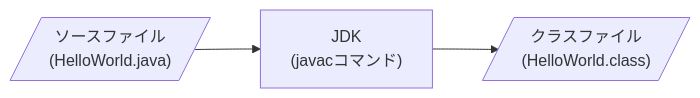
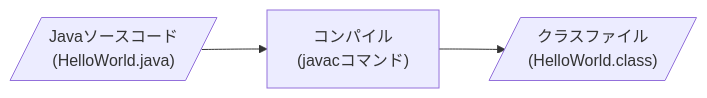
Before and after one commit to shunikd/terasoluna-training: the third of 4 diagrams in 02-java/02_java-execution.md, drawn with Mermaid. The commit also changed other lines of this file and 31 other files, not shown here.

````diff
--- a/02-java/02_java-execution.md
+++ b/02-java/02_java-execution.md
@@ -134,10 +132,9 @@
 ```mermaid
 graph LR
-
-    JAVA[/"ソースファイル<br>(HelloWorld.java)"/]
-    JDK["JDK<br>(javacコマンド)"]
+    SRC[/"Javaソースコード<br>(HelloWorld.java)"/]
+    JAVAC["コンパイル<br>(javacコマンド)"]
     CLASS[/"クラスファイル<br>(HelloWorld.class)"/]
 
-    JAVA --> JDK
-    JDK --> CLASS
+    SRC --> JAVAC
+    JAVAC --> CLASS
 ```
````
